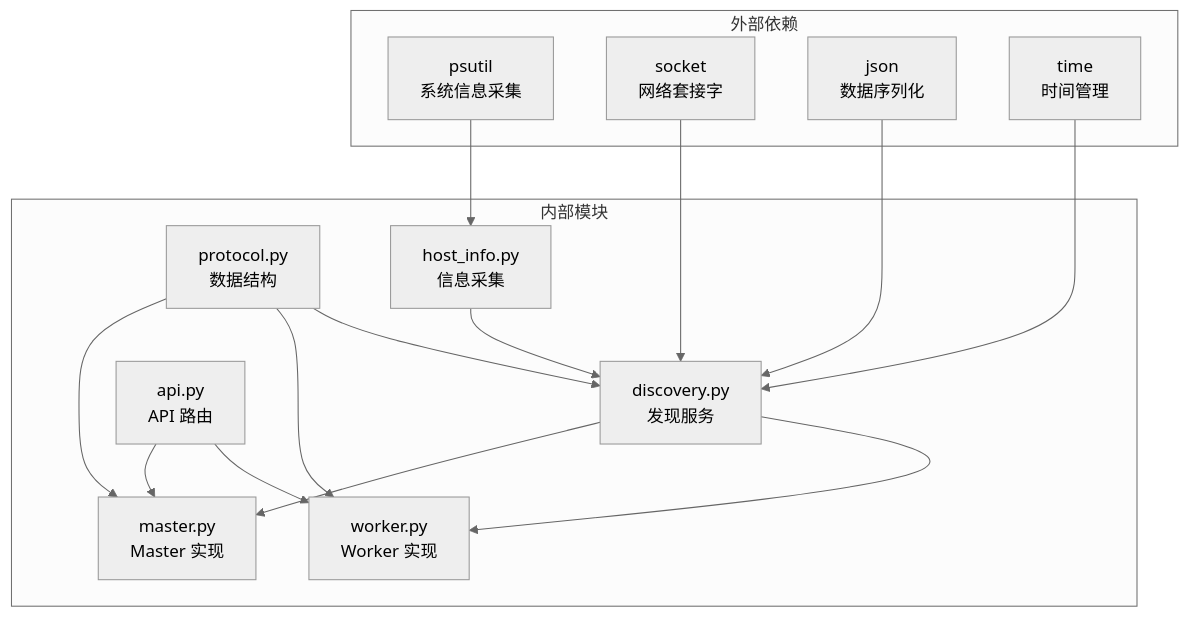
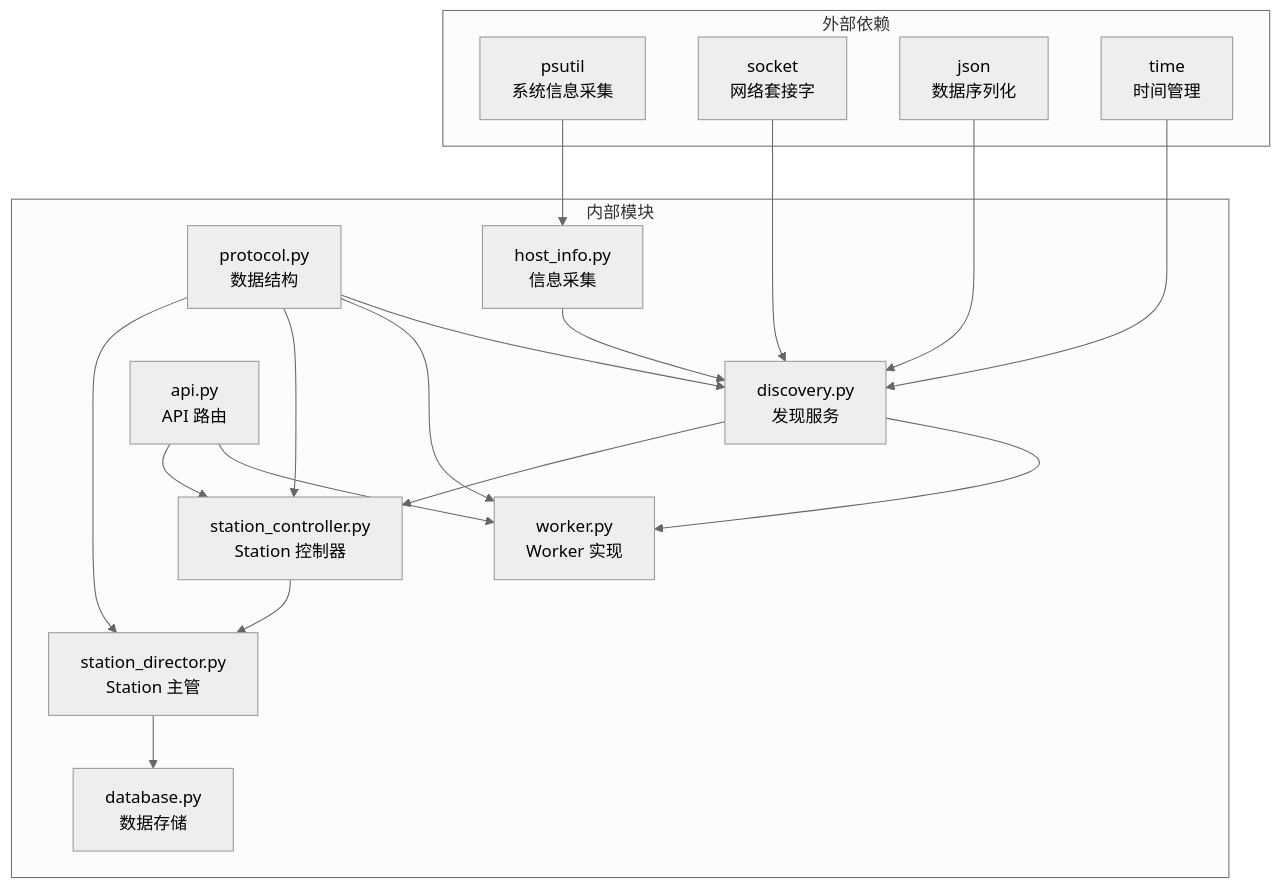
Before and after one commit to targalian/Personal-distributed-workstation: the eighth of 8 diagrams in .qoder/repowiki/zh/content/架构设计/Worker 代理/通信协议与消息格式/UDP 广播发现协议.md, drawn with Mermaid (neutral theme). The commit also changed other lines of this file and 69 other files, not shown here.

````diff
--- a/.qoder/repowiki/zh/content/架构设计/Worker 代理/通信协议与消息格式/UDP 广播发现协议.md
+++ b/.qoder/repowiki/zh/content/架构设计/Worker 代理/通信协议与消息格式/UDP 广播发现协议.md
@@ -274,29 +345,34 @@
 ```mermaid
 graph TB
 subgraph "外部依赖"
 Psutil[psutil<br/>系统信息采集]
 Socket[socket<br/>网络套接字]
 JSON[json<br/>数据序列化]
 Time[time<br/>时间管理]
 end
 subgraph "内部模块"
 Protocol[protocol.py<br/>数据结构]
 HostInfo[host_info.py<br/>信息采集]
 Discovery[discovery.py<br/>发现服务]
 Worker[worker.py<br/>Worker 实现]
-Master[master.py<br/>Master 实现]
+StationController[station_controller.py<br/>Station 控制器]
+StationDirector[station_director.py<br/>Station 主管]
+Database[database.py<br/>数据存储]
 API[api.py<br/>API 路由]
 end
 Psutil --> HostInfo
 Socket --> Discovery
 JSON --> Discovery
 Time --> Discovery
 Protocol --> Discovery
 HostInfo --> Discovery
 Protocol --> Worker
-Protocol --> Master
+Protocol --> StationController
+Protocol --> StationDirector
 Discovery --> Worker
-Discovery --> Master
+Discovery --> StationController
+StationController --> StationDirector
+StationDirector --> Database
 API --> Worker
-API --> Master
+API --> StationController
 ```
````
